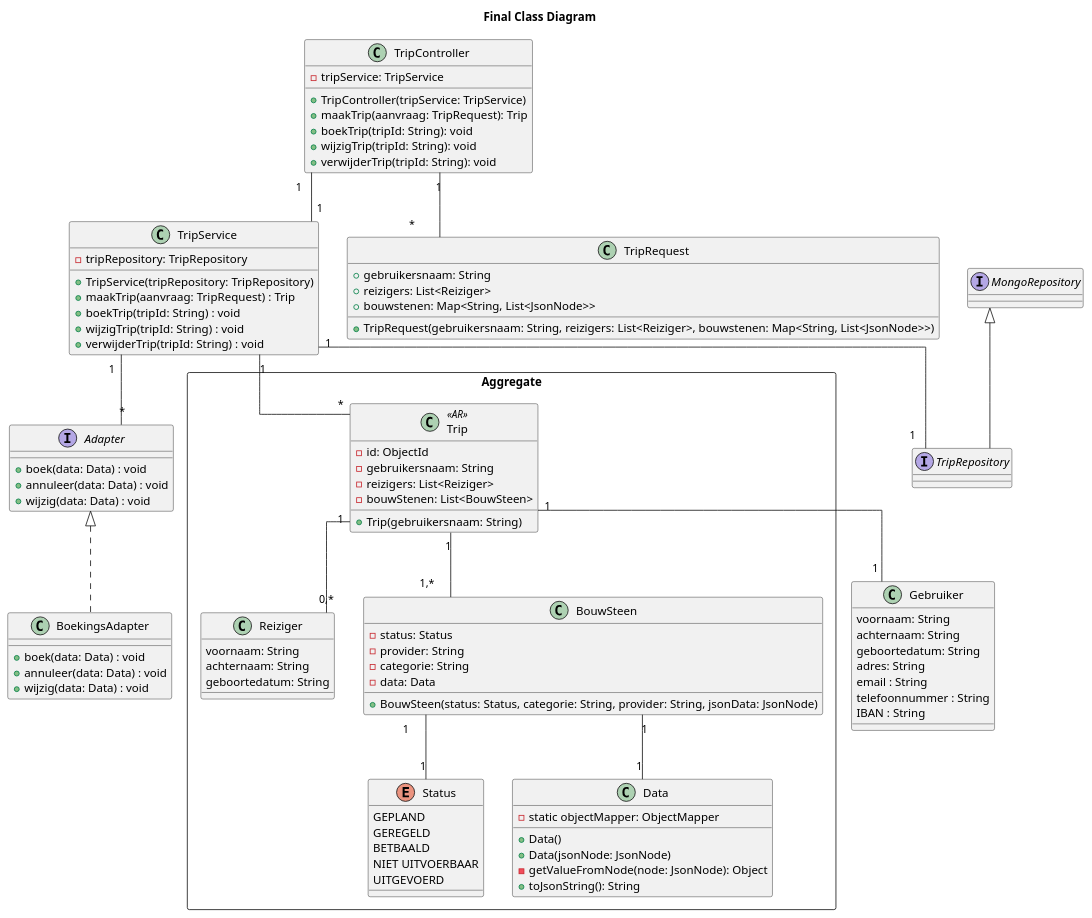
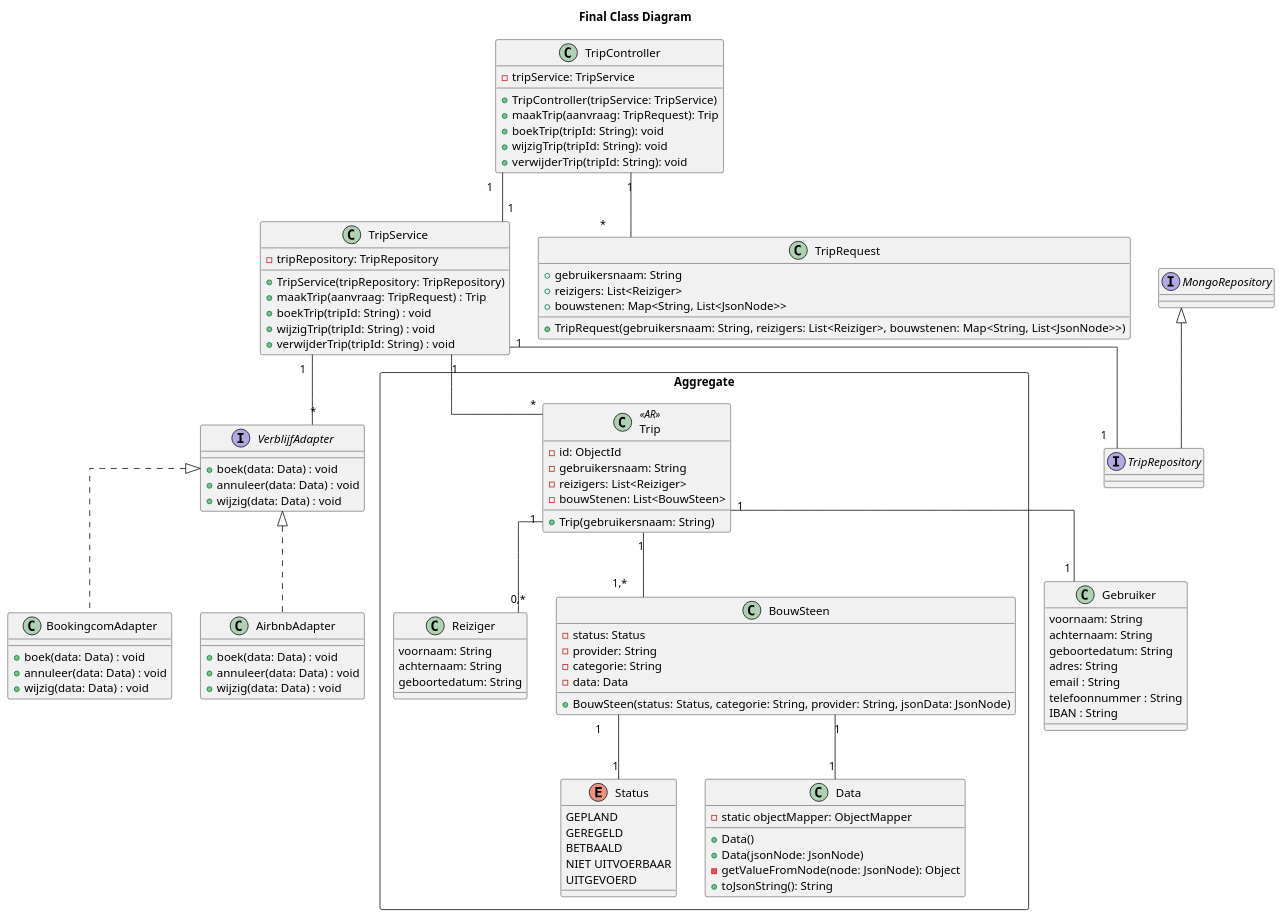
One commit to AIM-ENE-feb25/triptop-livingin-s-pain-nouri-siebe-boris changed the diagram in opdracht-diagrammen/Groeps-diagram/ClassdiagramPostProto.puml. Above: the diagram before and after it, drawn with PlantUML. The commit also changed 2 other files, not shown here.

Commit message:
sequence

```diff
--- a/opdracht-diagrammen/Groeps-diagram/ClassdiagramPostProto.puml
+++ b/opdracht-diagrammen/Groeps-diagram/ClassdiagramPostProto.puml
@@ -1,111 +1,117 @@
 @startuml
 'https://plantuml.com/class-diagram
 title Final Class Diagram
 skinparam linetype ortho
 
 class TripController {
     -tripService: TripService
     +TripController(tripService: TripService)
     +maakTrip(aanvraag: TripRequest): Trip
     +boekTrip(tripId: String): void
     +wijzigTrip(tripId: String): void
     +verwijderTrip(tripId: String): void
 }
 
 class TripService {
     -tripRepository: TripRepository
     +TripService(tripRepository: TripRepository)
     +maakTrip(aanvraag: TripRequest) : Trip
     +boekTrip(tripId: String) : void
     +wijzigTrip(tripId: String) : void
     +verwijderTrip(tripId: String) : void
 }
 
 interface TripRepository extends MongoRepository<Trip, String> {
 }
 
 class Gebruiker {
     voornaam: String
     achternaam: String
     geboortedatum: String
     adres: String
     email : String
     telefoonnummer : String
     IBAN : String
 }
 
 rectangle "Aggregate" {
 
 class Trip <<AR>> {
     -id: ObjectId
     -gebruikersnaam: String
     -reizigers: List<Reiziger>
     -bouwStenen: List<BouwSteen>
     +Trip(gebruikersnaam: String)
 }
 
 class Reiziger {
     voornaam: String
     achternaam: String
     geboortedatum: String
 }
 
 class BouwSteen {
     -status: Status
     -provider: String
     -categorie: String
     -data: Data
     +BouwSteen(status: Status, categorie: String, provider: String, jsonData: JsonNode)
 }
 
 enum Status {
    GEPLAND
    GEREGELD
    BETBAALD
    NIET UITVOERBAAR
    UITGEVOERD
 }
 
 class Data  {
     -static objectMapper: ObjectMapper
     +Data()
     +Data(jsonNode: JsonNode)
     -getValueFromNode(node: JsonNode): Object
     +toJsonString(): String
 }
 
 }
 
-interface Adapter {
+interface VerblijfAdapter {
     +boek(data: Data) : void
     +annuleer(data: Data) : void
     +wijzig(data: Data) : void
 }
 
-class BoekingsAdapter implements Adapter {
+class BookingcomAdapter implements VerblijfAdapter {
+    +boek(data: Data) : void
+    +annuleer(data: Data) : void
+    +wijzig(data: Data) : void
+}
+
+class AirbnbAdapter implements VerblijfAdapter {
     +boek(data: Data) : void
     +annuleer(data: Data) : void
     +wijzig(data: Data) : void
 }
 
 class TripRequest {
     +gebruikersnaam: String
     +reizigers: List<Reiziger>
     +bouwstenen: Map<String, List<JsonNode>>
     +TripRequest(gebruikersnaam: String, reizigers: List<Reiziger>, bouwstenen: Map<String, List<JsonNode>>)
 }
 
 TripController "1" -- "1" TripService
 TripService "1" -- "1" TripRepository
 TripController "1" -- "*" TripRequest
 
 TripService "1" -- "*" Trip
-TripService "1" -- "*" Adapter
+TripService "1" -- "*" VerblijfAdapter
 
 BouwSteen "1" -- "1" Data
 BouwSteen "1" -- "1" Status
 Trip "1" -- "1,*" BouwSteen
 Trip "1" -- "0,*" Reiziger
 Trip "1" -- "1" Gebruiker
 
 @enduml
```
